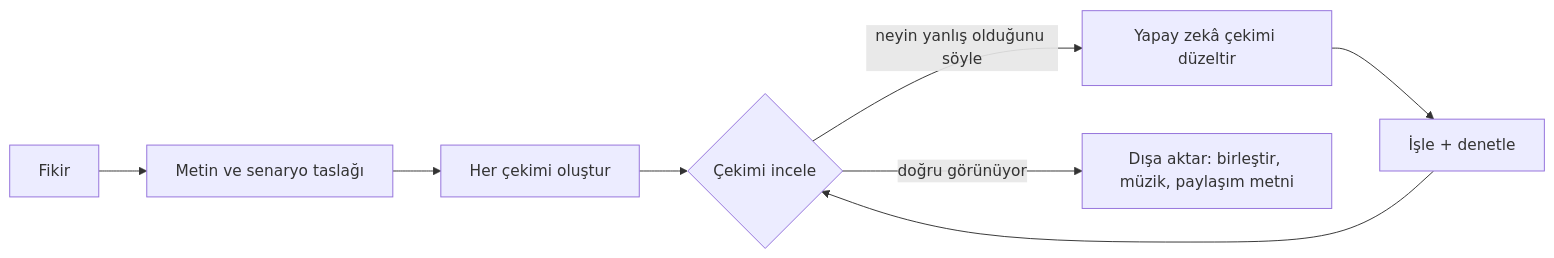
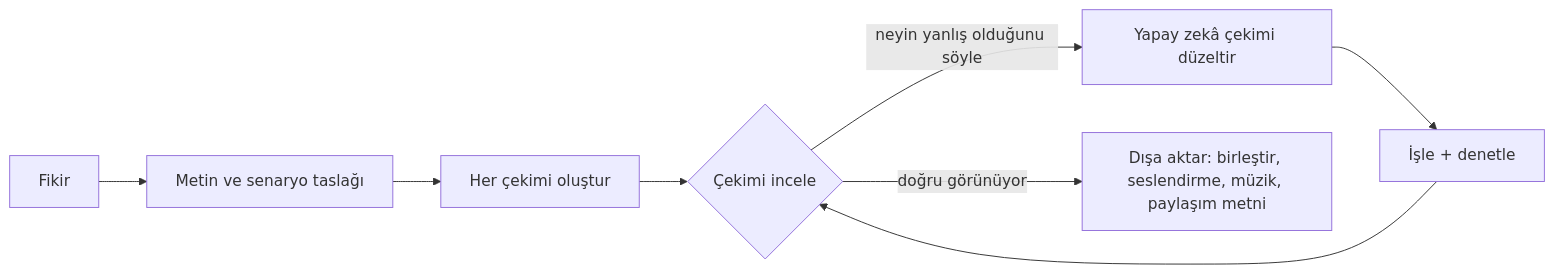
The diagram in README.tr.md (chihyungchang/Shotloop), drawn with Mermaid before and after one commit. The commit also changed other lines of this file and 161 other files, not shown here.

````diff
--- a/README.tr.md
+++ b/README.tr.md
@@ -109,8 +109,8 @@
 ```mermaid
 flowchart LR
   A[Fikir] --> B[Metin ve senaryo taslağı]
   B --> C[Her çekimi oluştur]
   C --> D{Çekimi incele}
   D -- "neyin yanlış olduğunu söyle" --> E[Yapay zekâ çekimi düzeltir] --> F[İşle + denetle] --> D
-  D -- doğru görünüyor --> G[Dışa aktar: birleştir, müzik, paylaşım metni]
+  D -- doğru görünüyor --> G[Dışa aktar: birleştir, seslendirme, müzik, paylaşım metni]
 ```
````
